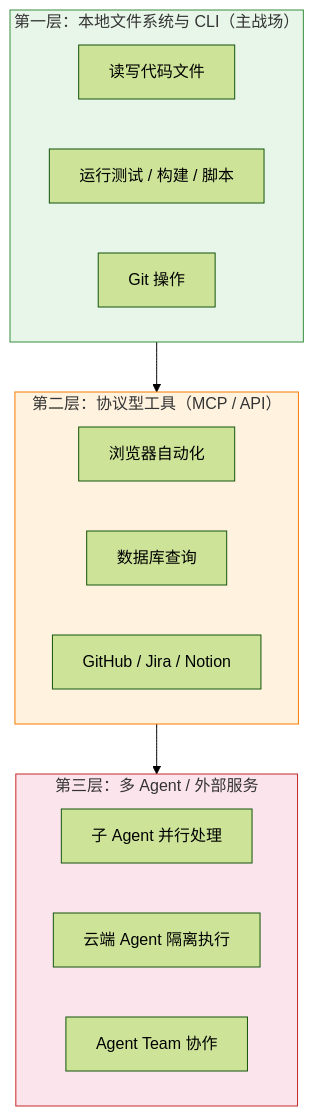
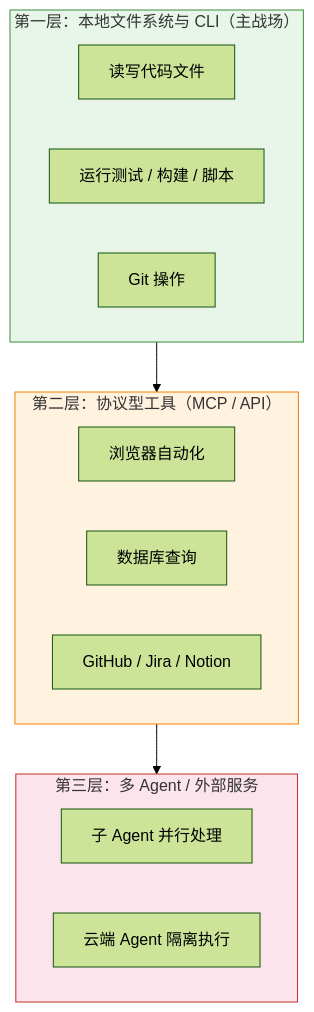
The sixth of 11 diagrams in docs/ch02-concepts/part-2-concepts.md (zht043/AgenticCodingTutorial), drawn with Mermaid (forest theme) before and after one commit. The commit also changed other lines of this file and 12 other files, not shown here.

````diff
--- a/docs/ch02-concepts/part-2-concepts.md
+++ b/docs/ch02-concepts/part-2-concepts.md
@@ -343,26 +331,25 @@
 ```mermaid
 flowchart TB
     subgraph L1["第一层：本地文件系统与 CLI（主战场）"]
         F1["读写代码文件"]
         F2["运行测试 / 构建 / 脚本"]
         F3["Git 操作"]
     end
 
     subgraph L2["第二层：协议型工具（MCP / API）"]
         F4["浏览器自动化"]
         F5["数据库查询"]
         F6["GitHub / Jira / Notion"]
     end
 
     subgraph L3["第三层：多 Agent / 外部服务"]
         F7["子 Agent 并行处理"]
         F8["云端 Agent 隔离执行"]
-        F9["Agent Team 协作"]
     end
 
     L1 --> L2 --> L3
 
     style L1 fill:#e8f5e9,stroke:#388e3c
     style L2 fill:#fff3e0,stroke:#f57c00
     style L3 fill:#fce4ec,stroke:#c62828
 ```
````
